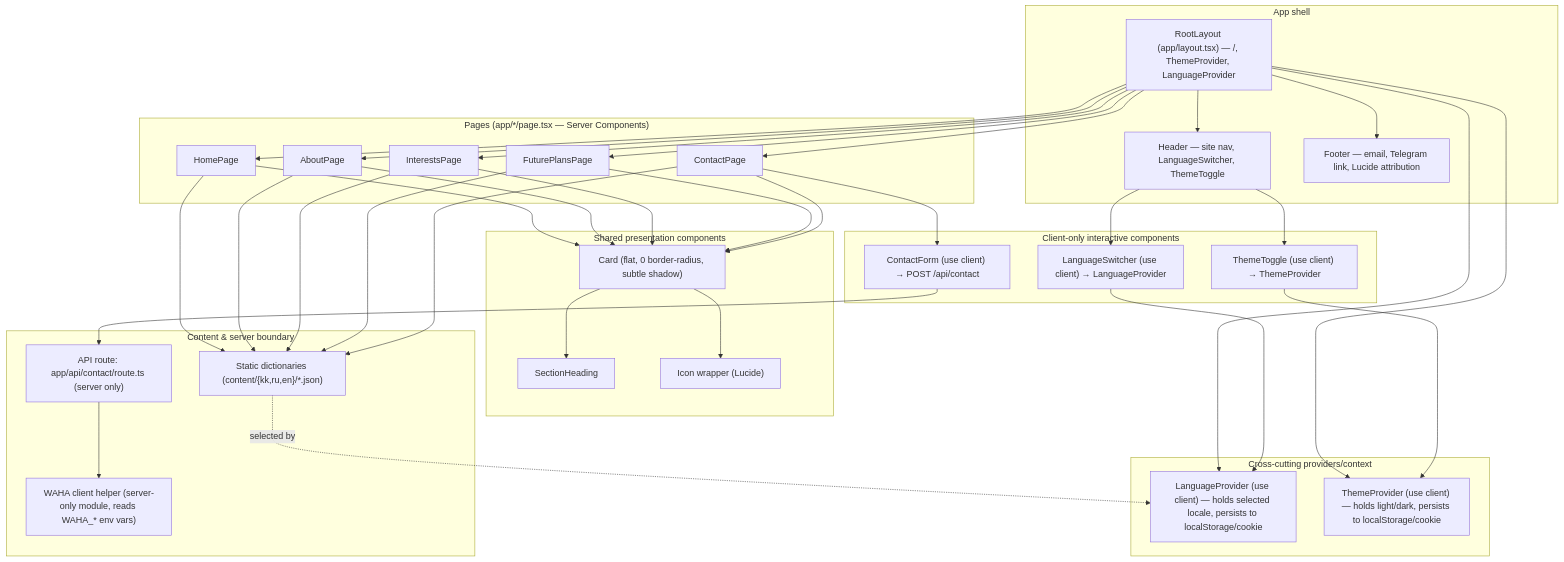
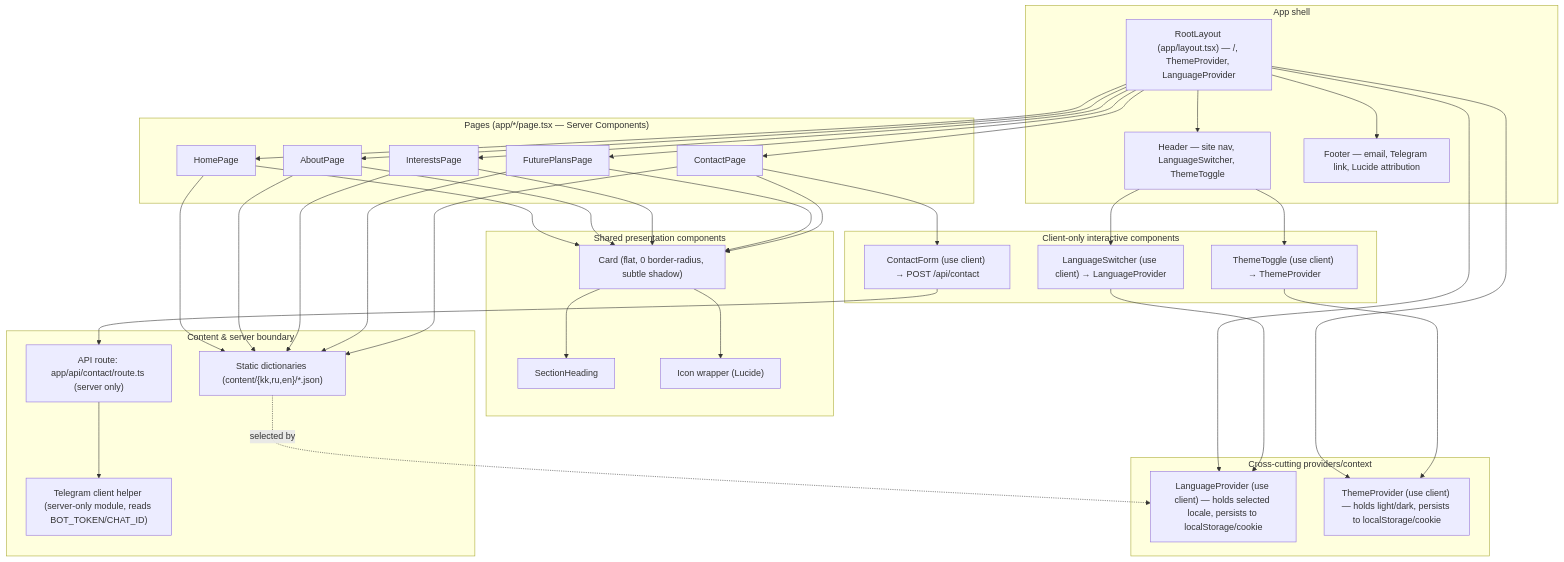
Before and after one commit to aablty/kbtu_se_2026_tsis: the diagram in docs/diagrams/component-structure.mmd, drawn with Mermaid. The commit also changed 19 other files, not shown here.

First line of the commit message:
Replace WAHA/WhatsApp contact transport with Telegram Bot API

```diff
--- a/docs/diagrams/component-structure.mmd
+++ b/docs/diagrams/component-structure.mmd
@@ -1,73 +1,73 @@
 %% Component/structure diagram — pseudo-level boxes and relationships only.
 %% No prop types, no CSS, no business logic.
 graph TD
     subgraph "App shell"
         RootLayout["RootLayout (app/layout.tsx) — <html>/<body>, ThemeProvider, LanguageProvider"]
         Header["Header — site nav, LanguageSwitcher, ThemeToggle"]
         Footer["Footer — email, Telegram link, Lucide attribution"]
     end
 
     subgraph "Pages (app/*/page.tsx — Server Components)"
         HomePage["HomePage"]
         AboutPage["AboutPage"]
         InterestsPage["InterestsPage"]
         FuturePage["FuturePlansPage"]
         ContactPage["ContactPage"]
     end
 
     subgraph "Shared presentation components"
         Card["Card (flat, 0 border-radius, subtle shadow)"]
         SectionHeading["SectionHeading"]
         Icon["Icon wrapper (Lucide)"]
     end
 
     subgraph "Client-only interactive components"
         LanguageSwitcher["LanguageSwitcher (use client) → LanguageProvider"]
         ThemeToggle["ThemeToggle (use client) → ThemeProvider"]
         ContactForm["ContactForm (use client) → POST /api/contact"]
     end
 
     subgraph "Cross-cutting providers/context"
         LanguageProvider["LanguageProvider (use client) — holds selected locale, persists to localStorage/cookie"]
         ThemeProvider["ThemeProvider (use client) — holds light/dark, persists to localStorage/cookie"]
     end
 
     subgraph "Content & server boundary"
         Dictionaries["Static dictionaries (content/{kk,ru,en}/*.json)"]
         ContactRoute["API route: app/api/contact/route.ts (server only)"]
-        WAHAClient["WAHA client helper (server-only module, reads WAHA_* env vars)"]
+        TelegramClient["Telegram client helper (server-only module, reads BOT_TOKEN/CHAT_ID)"]
     end
 
     RootLayout --> Header
     RootLayout --> Footer
     RootLayout --> LanguageProvider
     RootLayout --> ThemeProvider
     RootLayout --> HomePage
     RootLayout --> AboutPage
     RootLayout --> InterestsPage
     RootLayout --> FuturePage
     RootLayout --> ContactPage
 
     Header --> LanguageSwitcher
     Header --> ThemeToggle
     LanguageSwitcher --> LanguageProvider
     ThemeToggle --> ThemeProvider
 
     HomePage --> Card
     AboutPage --> Card
     InterestsPage --> Card
     FuturePage --> Card
     ContactPage --> Card
     Card --> SectionHeading
     Card --> Icon
 
     HomePage --> Dictionaries
     AboutPage --> Dictionaries
     InterestsPage --> Dictionaries
     FuturePage --> Dictionaries
     ContactPage --> Dictionaries
     Dictionaries -. "selected by" .-> LanguageProvider
 
     ContactPage --> ContactForm
     ContactForm --> ContactRoute
-    ContactRoute --> WAHAClient
+    ContactRoute --> TelegramClient
```
